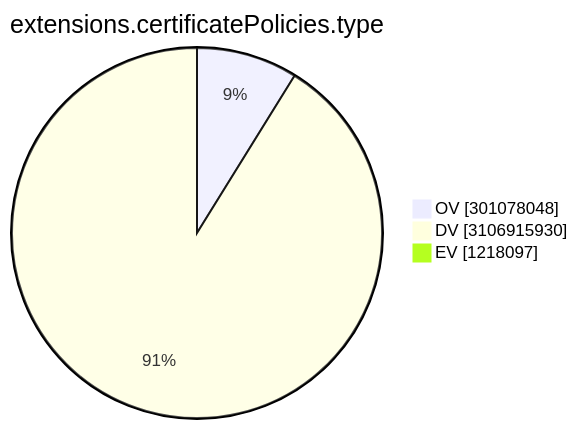
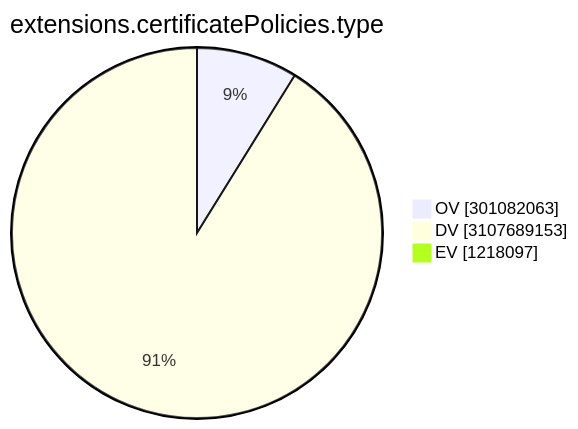
Before and after one commit to christiankrug/ctmonitor_visualization: the ninth of 15 diagrams in TOTAL/README.md, drawn with Mermaid. The commit also changed other lines of this file, not shown here.

````diff
--- a/TOTAL/README.md
+++ b/TOTAL/README.md
@@ -3103,7 +3103,7 @@
 ```mermaid
 pie showData
 title extensions.certificatePolicies.type
-"OV" :301078048
-"DV" :3106915930
+"OV" :301082063
+"DV" :3107689153
 "EV" :1218097
 ```
````
